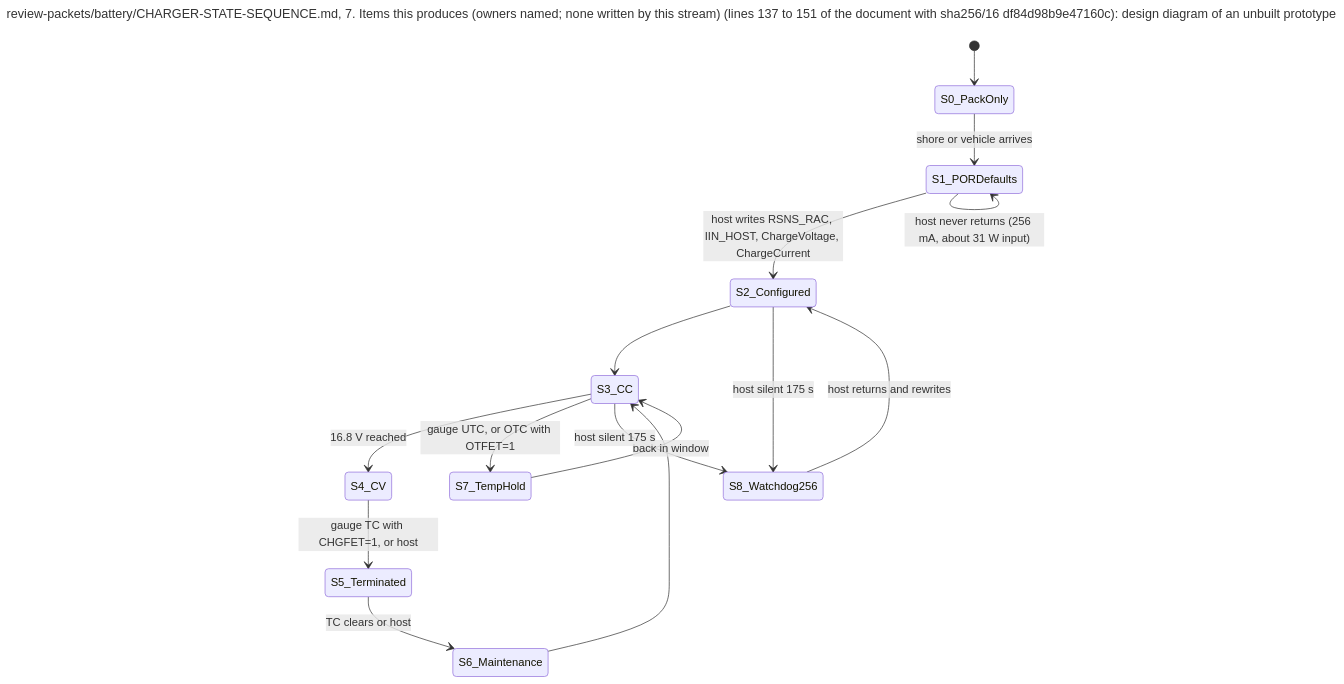
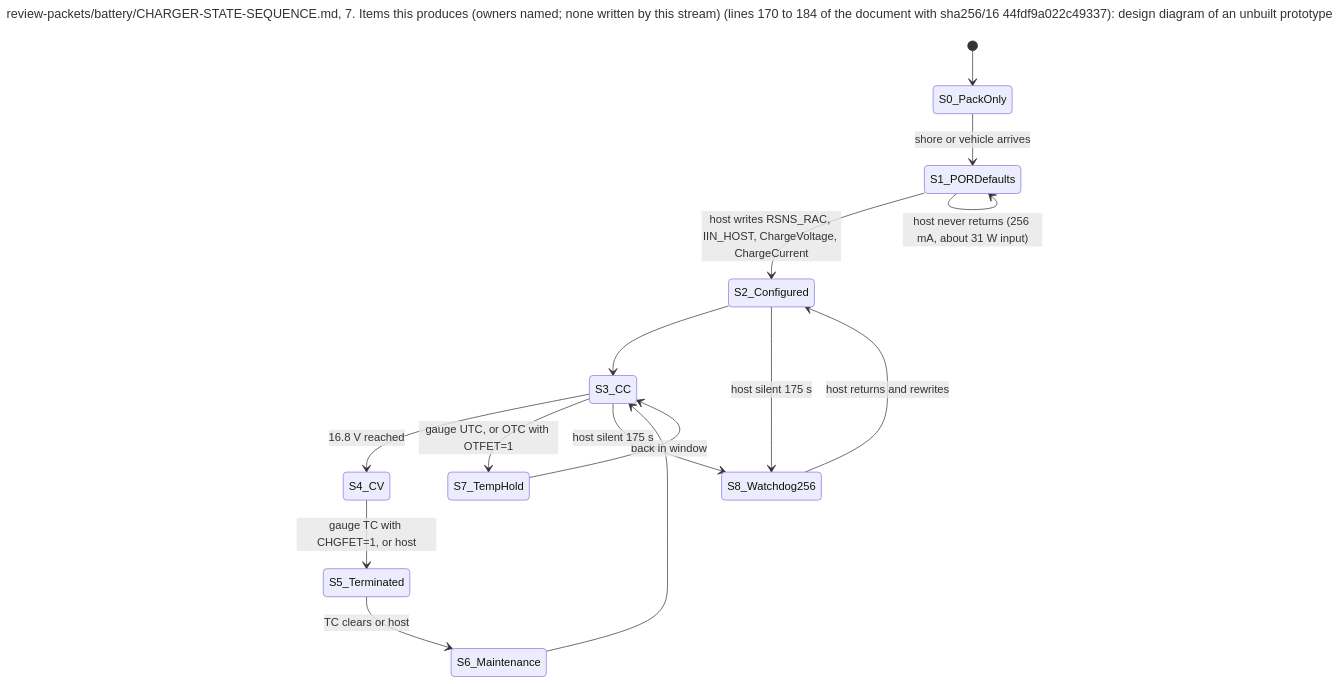
One commit to meshsat/meshsat-fieldkit changed the diagram in v2/docs/diagrams/src/battery-charger-states.mmd. Above: the diagram before and after it, drawn with Mermaid. The commit also changed 54 other files, not shown here.

```diff
--- a/v2/docs/diagrams/src/battery-charger-states.mmd
+++ b/v2/docs/diagrams/src/battery-charger-states.mmd
@@ -1,18 +1,18 @@
 ---
-title: "review-packets/battery/CHARGER-STATE-SEQUENCE.md, 7. Items this produces (owners named; none written by this stream) (lines 137 to 151 of the document with sha256/16 df84d98b9e47160c): design diagram of an unbuilt prototype"
+title: "review-packets/battery/CHARGER-STATE-SEQUENCE.md, 7. Items this produces (owners named; none written by this stream) (lines 170 to 184 of the document with sha256/16 44fdf9a022c49337): design diagram of an unbuilt prototype"
 ---
 stateDiagram-v2
     [*] --> S0_PackOnly
     S0_PackOnly --> S1_PORDefaults: shore or vehicle arrives
     S1_PORDefaults --> S2_Configured: host writes RSNS_RAC, IIN_HOST, ChargeVoltage, ChargeCurrent
     S2_Configured --> S3_CC
     S3_CC --> S4_CV: 16.8 V reached
     S4_CV --> S5_Terminated: gauge TC with CHGFET=1, or host
     S5_Terminated --> S6_Maintenance: TC clears or host
     S6_Maintenance --> S3_CC
     S3_CC --> S7_TempHold: gauge UTC, or OTC with OTFET=1
     S7_TempHold --> S3_CC: back in window
     S2_Configured --> S8_Watchdog256: host silent 175 s
     S3_CC --> S8_Watchdog256: host silent 175 s
     S8_Watchdog256 --> S2_Configured: host returns and rewrites
     S1_PORDefaults --> S1_PORDefaults: host never returns (256 mA, about 31 W input)
```
